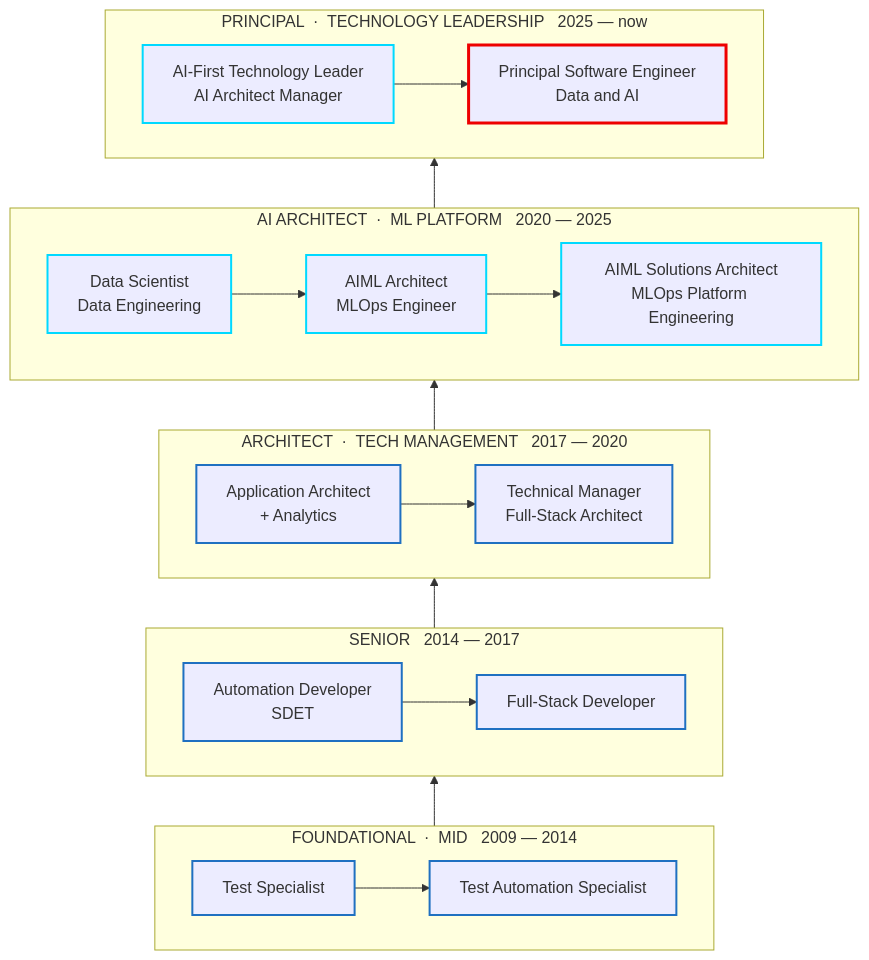
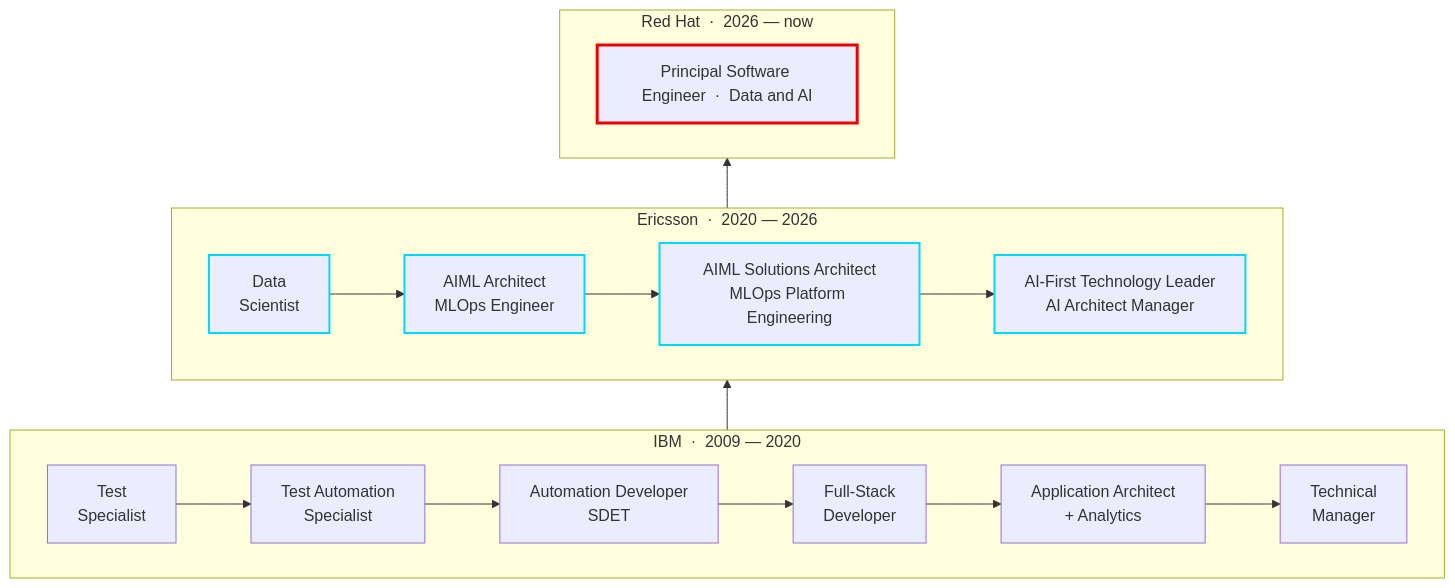
Before and after one commit to nirmchan/nirmchan: the diagram in README.md, drawn with Mermaid. The commit also changed other lines of this file, not shown here.

Commit message:
Revert to org-grouped career diagram, flipped to ascend

````diff
--- a/README.md
+++ b/README.md
@@ -99,32 +99,20 @@
 ```mermaid
 flowchart BT
-    subgraph L5["PRINCIPAL &nbsp;·&nbsp; TECHNOLOGY LEADERSHIP &nbsp;&nbsp;2025 — now"]
+    subgraph IBM["IBM &nbsp;·&nbsp; 2009 — 2020"]
         direction LR
-        N8["AI-First Technology Leader<br/>AI Architect Manager"] --> N9["Principal Software Engineer<br/>Data and AI"]
+        A1["Test<br/>Specialist"] --> A2["Test Automation<br/>Specialist"] --> A3["Automation Developer<br/>SDET"] --> A4["Full-Stack<br/>Developer"] --> A5["Application Architect<br/>+ Analytics"] --> A6["Technical<br/>Manager"]
     end
-    subgraph L4["AI ARCHITECT &nbsp;·&nbsp; ML PLATFORM &nbsp;&nbsp;2020 — 2025"]
+    subgraph ERI["Ericsson &nbsp;·&nbsp; 2020 — 2026"]
         direction LR
-        N5["Data Scientist<br/>Data Engineering"] --> N6["AIML Architect<br/>MLOps Engineer"] --> N7["AIML Solutions Architect<br/>MLOps Platform Engineering"]
+        B1["Data<br/>Scientist"] --> B2["AIML Architect<br/>MLOps Engineer"] --> B3["AIML Solutions Architect<br/>MLOps Platform Engineering"] --> B4["AI-First Technology Leader<br/>AI Architect Manager"]
     end
-    subgraph L3["ARCHITECT &nbsp;·&nbsp; TECH MANAGEMENT &nbsp;&nbsp;2017 — 2020"]
+    subgraph RH["Red Hat &nbsp;·&nbsp; 2026 — now"]
         direction LR
-        N3["Application Architect<br/>+ Analytics"] --> N4["Technical Manager<br/>Full-Stack Architect"]
+        C1["Principal Software Engineer &nbsp;·&nbsp; Data and AI"]
     end
-    subgraph L2["SENIOR &nbsp;&nbsp;2014 — 2017"]
-        direction LR
-        N2a["Automation Developer<br/>SDET"] --> N2b["Full-Stack Developer"]
-    end
-    subgraph L1["FOUNDATIONAL &nbsp;·&nbsp; MID &nbsp;&nbsp;2009 — 2014"]
-        direction LR
-        N1a["Test Specialist"] --> N1b["Test Automation Specialist"]
-    end
-
-    L1 --> L2 --> L3 --> L4 --> L5
-
-    classDef ibm stroke:#1F70C1,stroke-width:2px
-    classDef eri stroke:#00D9FF,stroke-width:2px
-    classDef rh  stroke:#EE0000,stroke-width:3px
-    class N1a,N1b,N2a,N2b,N3,N4 ibm
-    class N5,N6,N7,N8 eri
-    class N9 rh
+    IBM --> ERI --> RH
+    classDef now stroke:#EE0000,stroke-width:3px
+    classDef ai stroke:#00D9FF,stroke-width:2px
+    class C1 now
+    class B1,B2,B3,B4 ai
 ```
````
